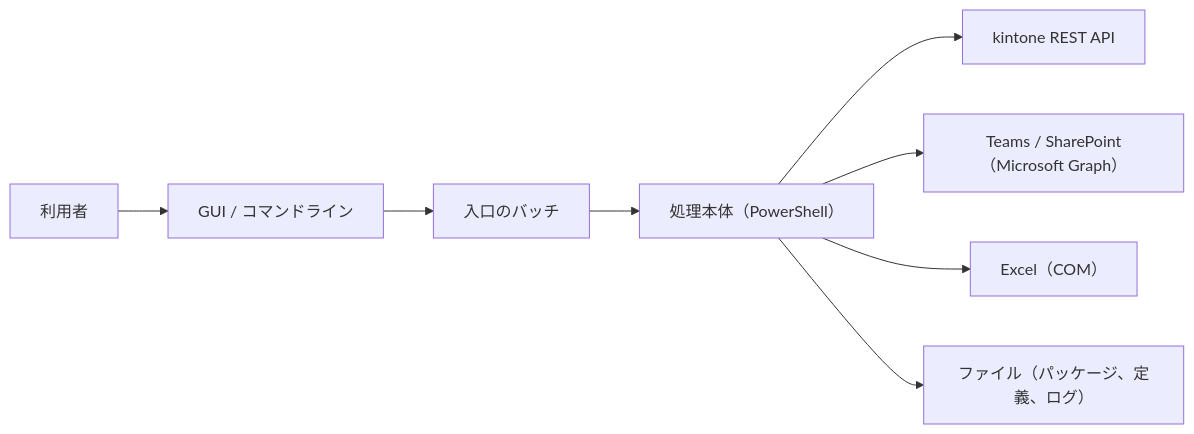
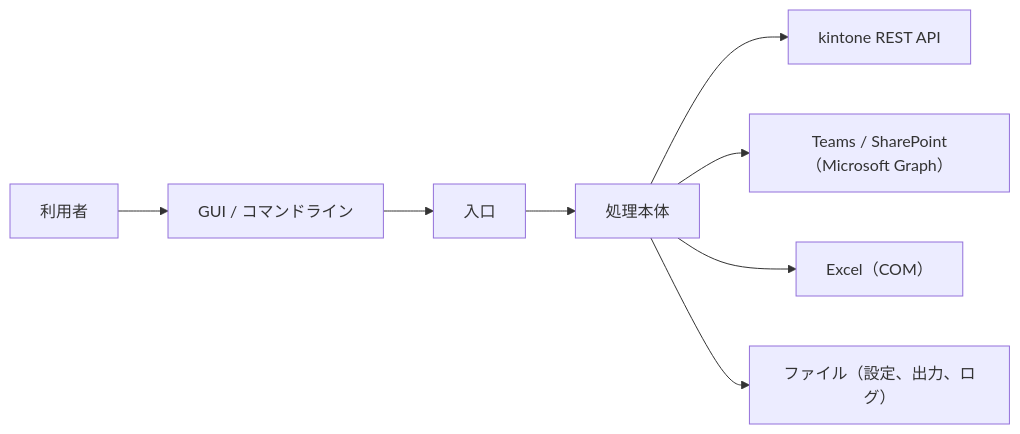
One commit to nishida2073/project_management changed the diagram in tool/package-generator/doc/02_設計/アーキテクチャ設計.md. Above: the diagram before and after it, drawn with Mermaid. The commit also changed other lines of this file and 4 other files, not shown here.

````diff
--- a/tool/package-generator/doc/02_設計/アーキテクチャ設計.md
+++ b/tool/package-generator/doc/02_設計/アーキテクチャ設計.md
@@ -43,10 +16,10 @@
 ```mermaid
 flowchart LR
     U["利用者"] --> GUI["GUI / コマンドライン"]
-    GUI --> ENTRY["入口のバッチ"]
-    ENTRY --> PS["処理本体（PowerShell）"]
+    GUI --> ENTRY["入口"]
+    ENTRY --> PS["処理本体"]
     PS --> K["kintone REST API"]
     PS --> GR["Teams / SharePoint（Microsoft Graph）"]
     PS --> XL["Excel（COM）"]
-    PS --> FS["ファイル（パッケージ、定義、ログ）"]
+    PS --> FS["ファイル（設定、出力、ログ）"]
 ```
````
